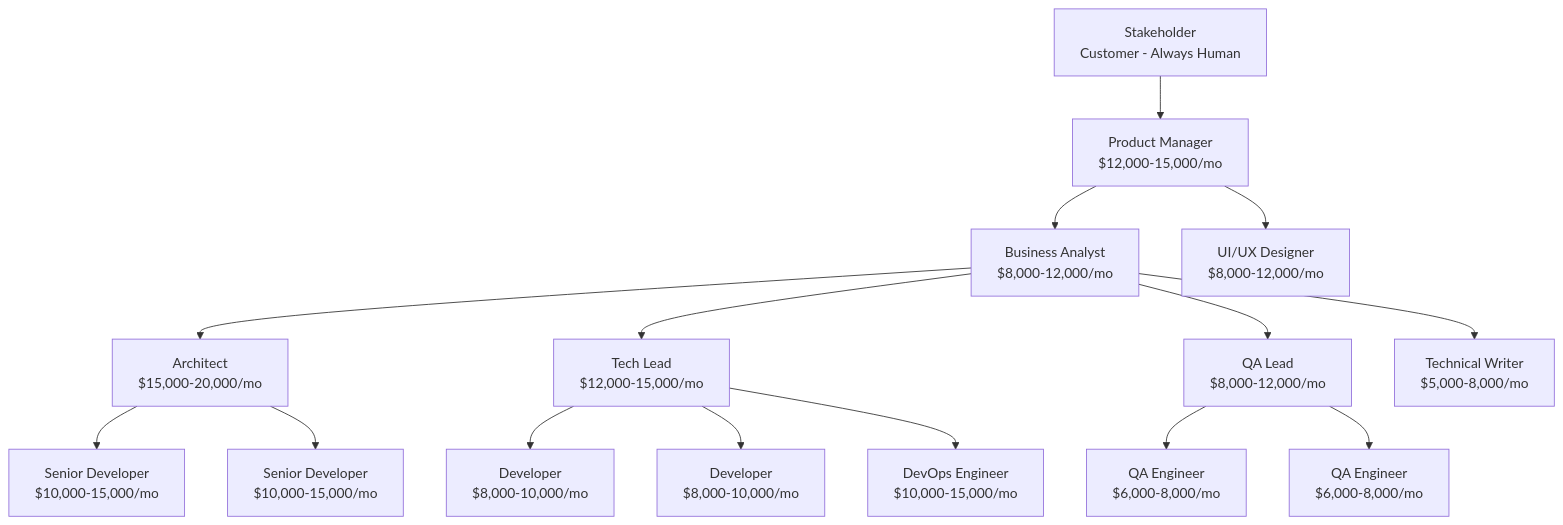
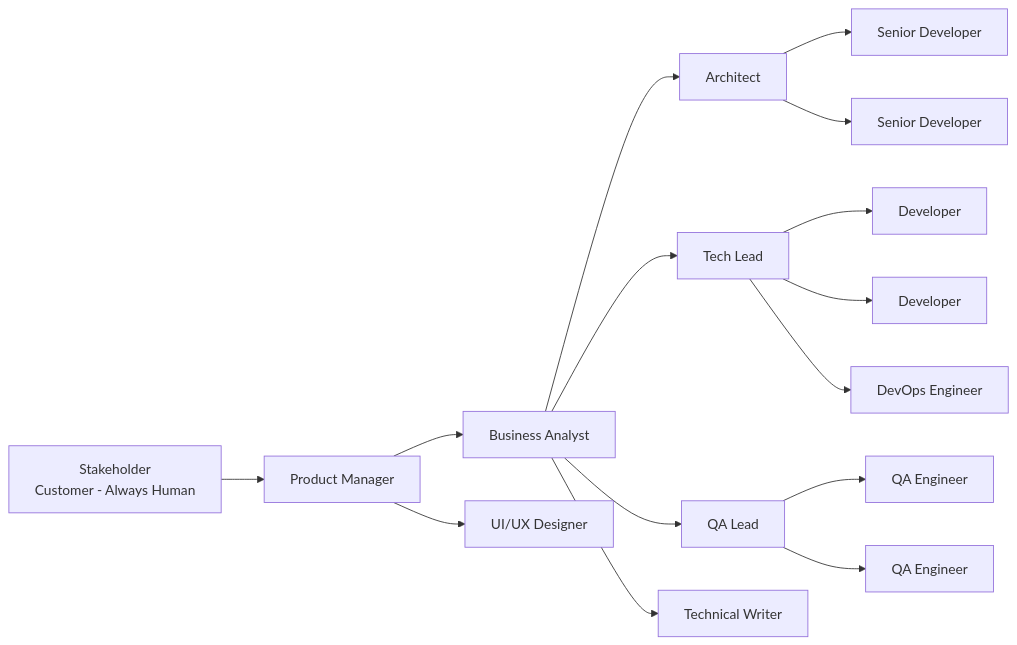
One commit to o2alexanderfedin/AI-Hive-Business-Docs changed the diagram in presentations/from-team-to-agents/slides/slide-02-classical-team.md. Above: the diagram before and after it, drawn with Mermaid. The commit also changed other lines of this file, not shown here.

Commit message:
Remove monetary information from slide-02 diagram
- Removed salary ranges from team hierarchy diagram
- Kept monetary details in supporting text as requested
- Diagram now focuses on roles without compensation data

🤖 Generated with [Claude Code](https://claude.ai/code)

````diff
--- a/presentations/from-team-to-agents/slides/slide-02-classical-team.md
+++ b/presentations/from-team-to-agents/slides/slide-02-classical-team.md
@@ -11,18 +11,18 @@
 ```mermaid
-graph TD
-    A[Stakeholder<br/>Customer - Always Human] --> B[Product Manager<br/>$12,000-15,000/mo]
-    B --> C[Business Analyst<br/>$8,000-12,000/mo]
-    C --> D[Architect<br/>$15,000-20,000/mo]
-    C --> E[Tech Lead<br/>$12,000-15,000/mo]
-    D --> F[Senior Developer<br/>$10,000-15,000/mo]
-    D --> G[Senior Developer<br/>$10,000-15,000/mo]
-    E --> H[Developer<br/>$8,000-10,000/mo]
-    E --> I[Developer<br/>$8,000-10,000/mo]
+graph LR
+    A[Stakeholder<br/>Customer - Always Human] --> B[Product Manager]
+    B --> C[Business Analyst]
+    C --> D[Architect]
+    C --> E[Tech Lead]
+    D --> F[Senior Developer]
+    D --> G[Senior Developer]
+    E --> H[Developer]
+    E --> I[Developer]
 
-    B --> J[UI/UX Designer<br/>$8,000-12,000/mo]
-    C --> K[QA Lead<br/>$8,000-12,000/mo]
-    K --> L[QA Engineer<br/>$6,000-8,000/mo]
-    K --> M[QA Engineer<br/>$6,000-8,000/mo]
-    E --> N[DevOps Engineer<br/>$10,000-15,000/mo]
-    C --> O[Technical Writer<br/>$5,000-8,000/mo]
+    B --> J[UI/UX Designer]
+    C --> K[QA Lead]
+    K --> L[QA Engineer]
+    K --> M[QA Engineer]
+    E --> N[DevOps Engineer]
+    C --> O[Technical Writer]
 ```
````
